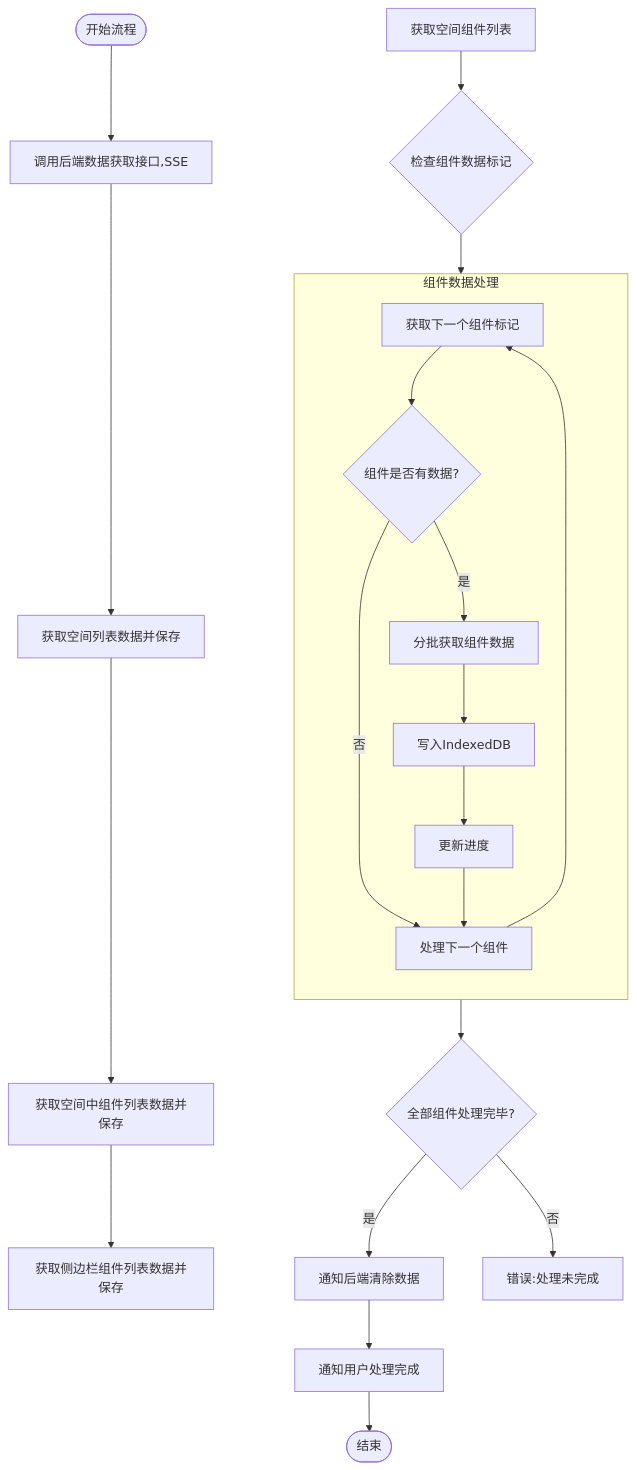
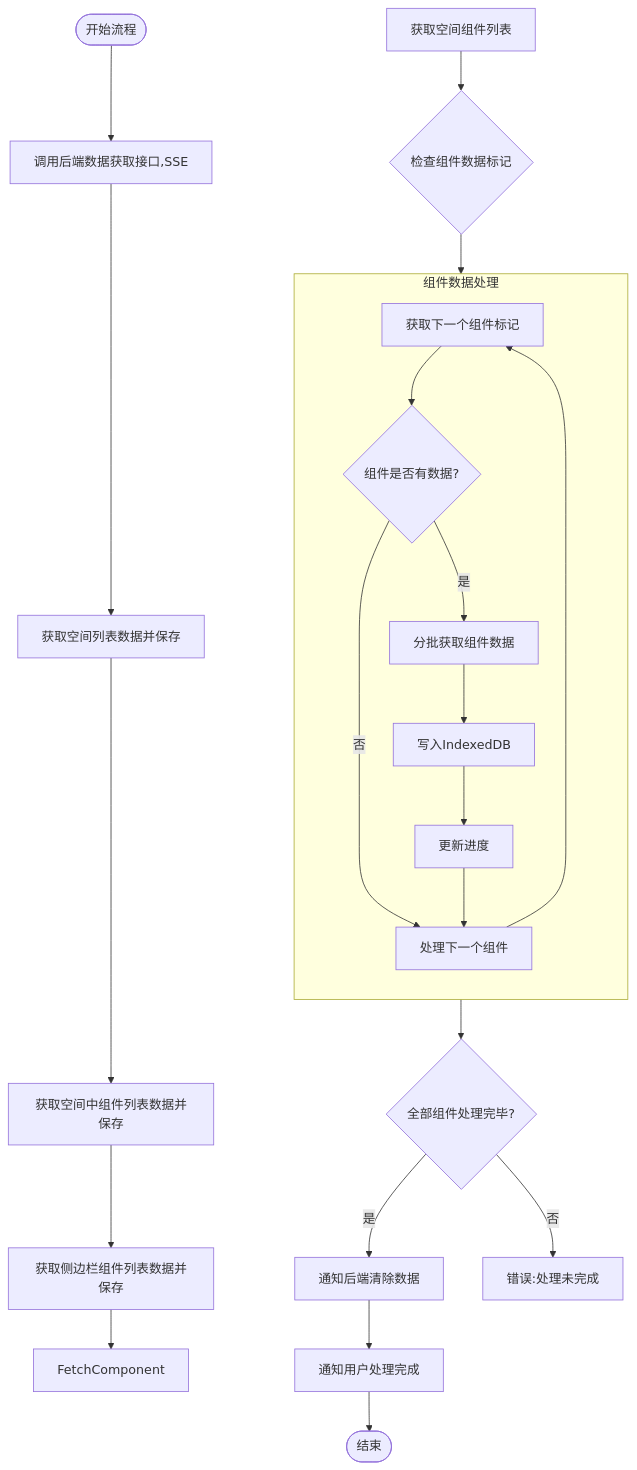
Before and after one commit to yingjianzh/iodraw-files: the diagram in all/未命名-59.md, drawn with Mermaid.

Commit message:
2025-05-14 14:53:46 update

````diff
--- a/all/未命名-59.md
+++ b/all/未命名-59.md
@@ -1,36 +1,36 @@
 ```mermaid
 
 flowchart TD
     Start([开始流程]) --> FetchData[调用后端数据获取接口,SSE]
     FetchData --> FetchSpaceData[获取空间列表数据并保存]
    
     FetchSpaceData --> FetchSpaceComponent[获取空间中组件列表数据并保存]
 
     FetchSpaceComponent --> FetchSiderComponent[获取侧边栏组件列表数据并保存]
 
-    
+    FetchSiderComponent --> FetchComponent
     
     FetchComponentList[获取空间组件列表]
     FetchComponentList --> CheckComponentData{检查组件数据标记}
     
     subgraph ComponentProcess [组件数据处理]
         direction TB
         A[获取下一个组件标记] --> B{组件是否有数据?}
         B -->|否| NextComponent[处理下一个组件]
         B -->|是| C[分批获取组件数据]
         C --> D[写入IndexedDB]
         D --> UpdateProgress[更新进度]
         UpdateProgress --> NextComponent
         NextComponent --> A
     end
     
     CheckComponentData --> ComponentProcess
     ComponentProcess --> AllComponentsProcessed{全部组件处理完毕?}
     
     AllComponentsProcessed -->|是| ClearServerData[通知后端清除数据]
     AllComponentsProcessed -->|否| Error3[错误:处理未完成]
     
     ClearServerData --> CompletionNotification[通知用户处理完成]
     CompletionNotification --> End([结束])
 
 ```
````
